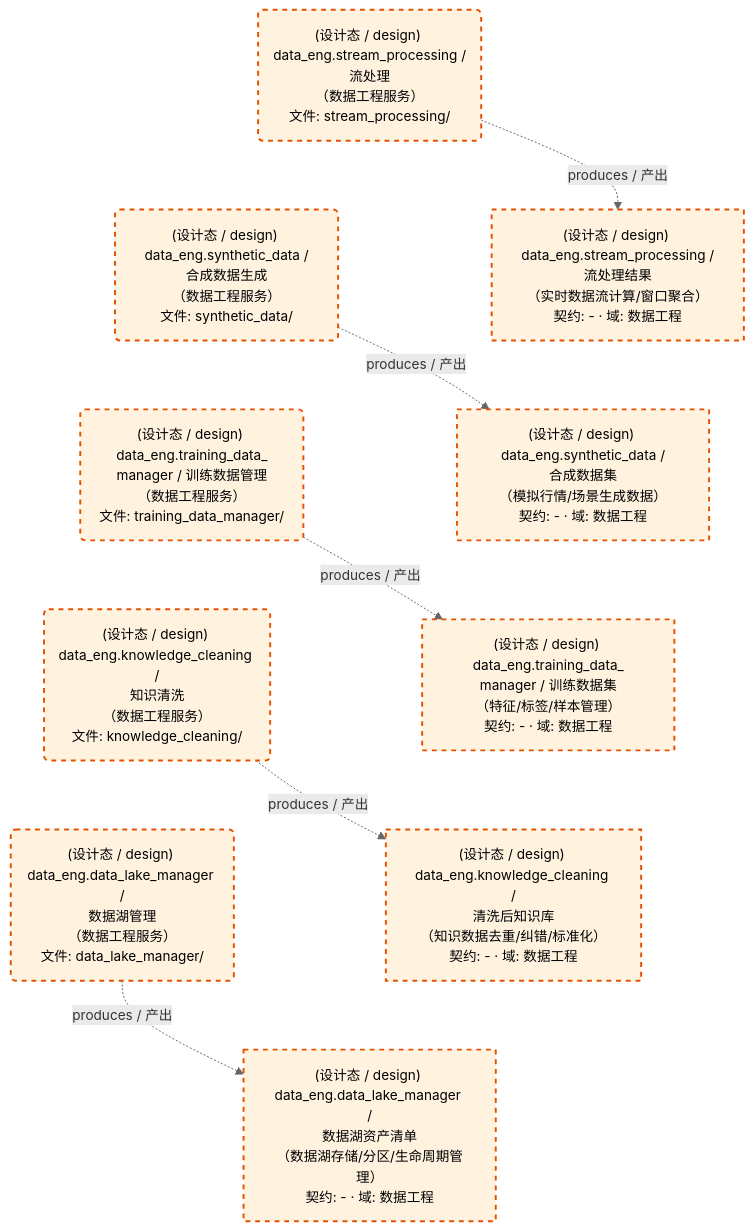
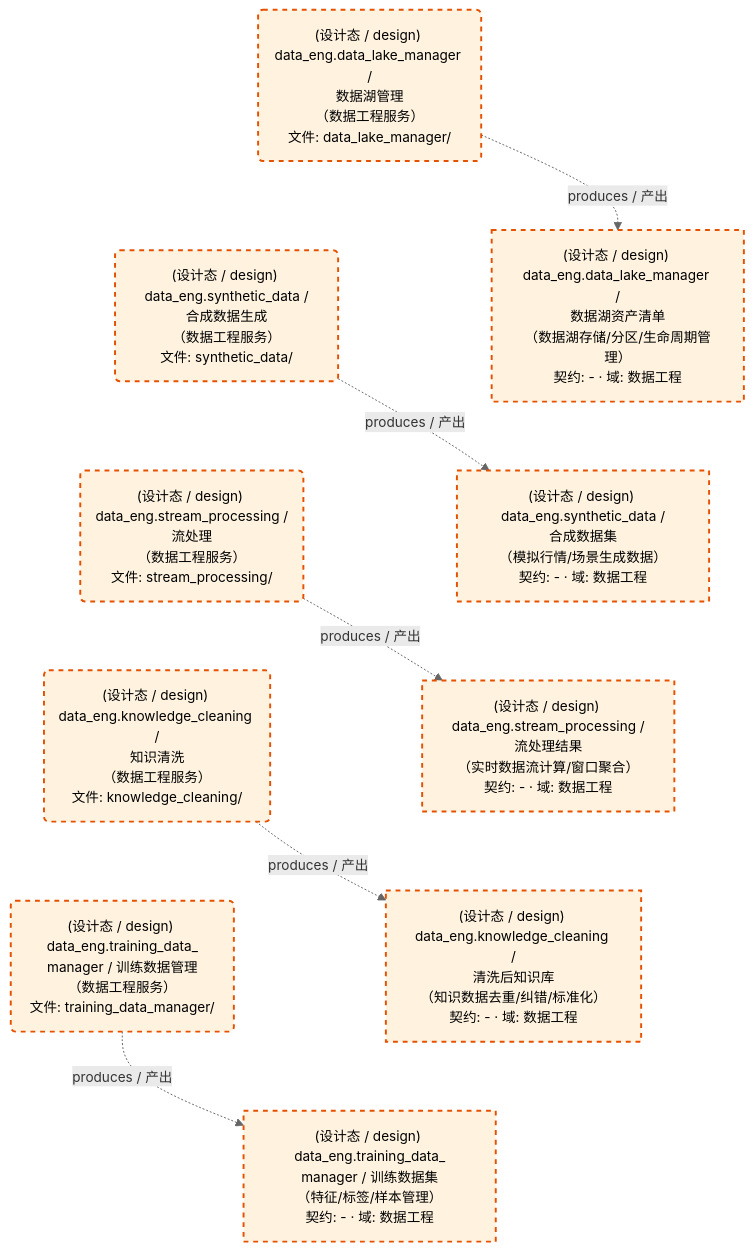
The second of 2 diagrams in docs/02_enterprise_architecture/05_dataflow_architecture/d_data_eng.md (xuanFelixVan/ZephyrAlpha), drawn with Mermaid before and after one commit. The commit also changed other lines of this file and 42 other files, not shown here.

````diff
--- a/docs/02_enterprise_architecture/05_dataflow_architecture/d_data_eng.md
+++ b/docs/02_enterprise_architecture/05_dataflow_architecture/d_data_eng.md
@@ -90,32 +90,32 @@
 ```mermaid
 %%{init: {'theme': 'base', 'themeVariables': {'primaryColor': '#eaeaea', 'primaryTextColor': '#333333', 'primaryBorderColor': '#666666', 'lineColor': '#666666', 'secondaryColor': '#eaeaea', 'tertiaryColor': '#eaeaea', 'clusterBkg': 'transparent', 'clusterBorder': 'transparent', 'fontSize': '14px'}}}%%
 flowchart TD
     DS11258["(设计态 / design) data_eng.data_lake_manager /<br/>数据湖资产清单<br/>（数据湖存储/分区/生命周期管理）<br/>契约: - · 域: 数据工程"]
     DS11259["(设计态 / design) data_eng.knowledge_cleaning /<br/>清洗后知识库<br/>（知识数据去重/纠错/标准化）<br/>契约: - · 域: 数据工程"]
     DS11260["(设计态 / design) data_eng.stream_processing /<br/>流处理结果<br/>（实时数据流计算/窗口聚合）<br/>契约: - · 域: 数据工程"]
     DS11261["(设计态 / design) data_eng.synthetic_data /<br/>合成数据集<br/>（模拟行情/场景生成数据）<br/>契约: - · 域: 数据工程"]
     DS11262["(设计态 / design) data_eng.training_data_<br/>manager / 训练数据集<br/>（特征/标签/样本管理）<br/>契约: - · 域: 数据工程"]
     JOB757622("(设计态 / design) data_eng.data_lake_manager /<br/>数据湖管理<br/>（数据工程服务）<br/>文件: data_lake_manager/")
     JOB757623("(设计态 / design) data_eng.knowledge_cleaning /<br/>知识清洗<br/>（数据工程服务）<br/>文件: knowledge_cleaning/")
     JOB757624("(设计态 / design) data_eng.stream_processing /<br/>流处理<br/>（数据工程服务）<br/>文件: stream_processing/")
     JOB757625("(设计态 / design) data_eng.synthetic_data /<br/>合成数据生成<br/>（数据工程服务）<br/>文件: synthetic_data/")
     JOB757626("(设计态 / design) data_eng.training_data_<br/>manager / 训练数据管理<br/>（数据工程服务）<br/>文件: training_data_manager/")
     JOB757622 -.->|produces / 产出| DS11258
     JOB757623 -.->|produces / 产出| DS11259
     JOB757624 -.->|produces / 产出| DS11260
     JOB757625 -.->|produces / 产出| DS11261
     JOB757626 -.->|produces / 产出| DS11262
-    JOB757624 ~~~ JOB757625
-    JOB757625 ~~~ JOB757626
-    JOB757626 ~~~ JOB757623
-    JOB757623 ~~~ JOB757622
-    DS11260 ~~~ DS11261
-    DS11261 ~~~ DS11262
-    DS11262 ~~~ DS11259
-    DS11259 ~~~ DS11258
+    JOB757622 ~~~ JOB757625
+    JOB757625 ~~~ JOB757624
+    JOB757624 ~~~ JOB757623
+    JOB757623 ~~~ JOB757626
+    DS11258 ~~~ DS11261
+    DS11261 ~~~ DS11260
+    DS11260 ~~~ DS11259
+    DS11259 ~~~ DS11262
     classDef production fill:#e1f5fe,stroke:#01579b,stroke-width:2px,color:#000
     classDef design fill:#fff3e0,stroke:#e65100,stroke-width:2px,color:#000,stroke-dasharray: 5 5
     classDef external_prod fill:#e8f4fd,stroke:#0277bd,stroke-width:1px,color:#000
     classDef external_design fill:#fff8e7,stroke:#ef6c00,stroke-width:1px,color:#000,stroke-dasharray: 5 5
     class DS11258,DS11259,DS11260,DS11261,DS11262,JOB757622,JOB757623,JOB757624,JOB757625,JOB757626 design
 ```
````
